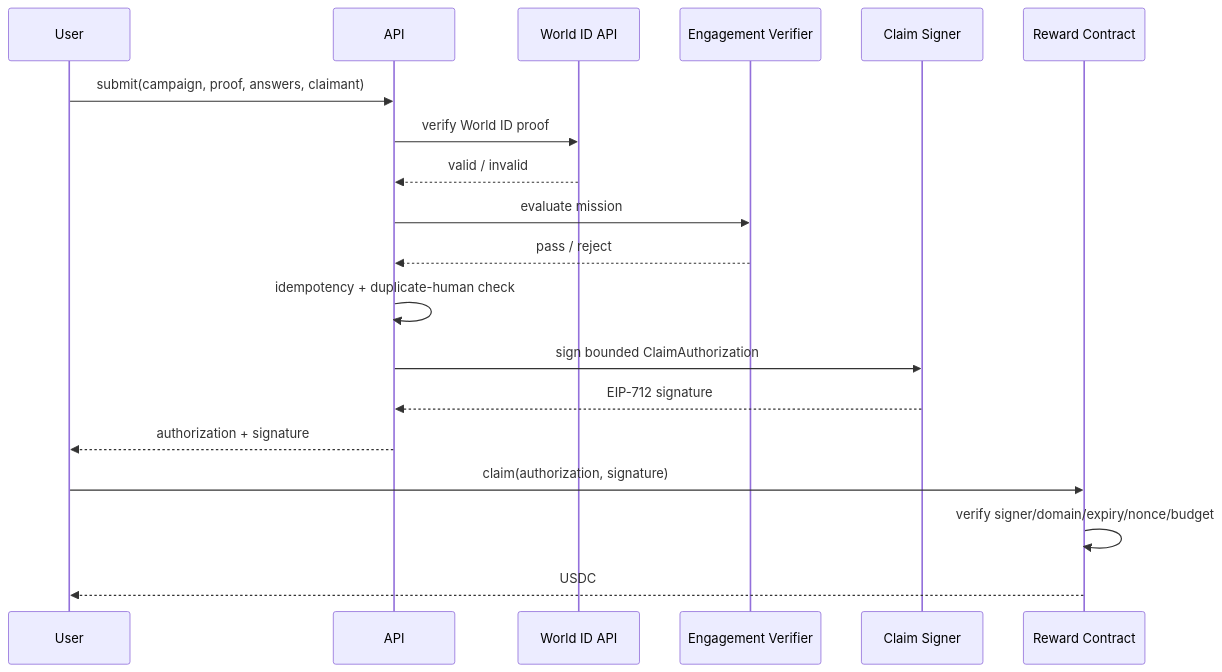
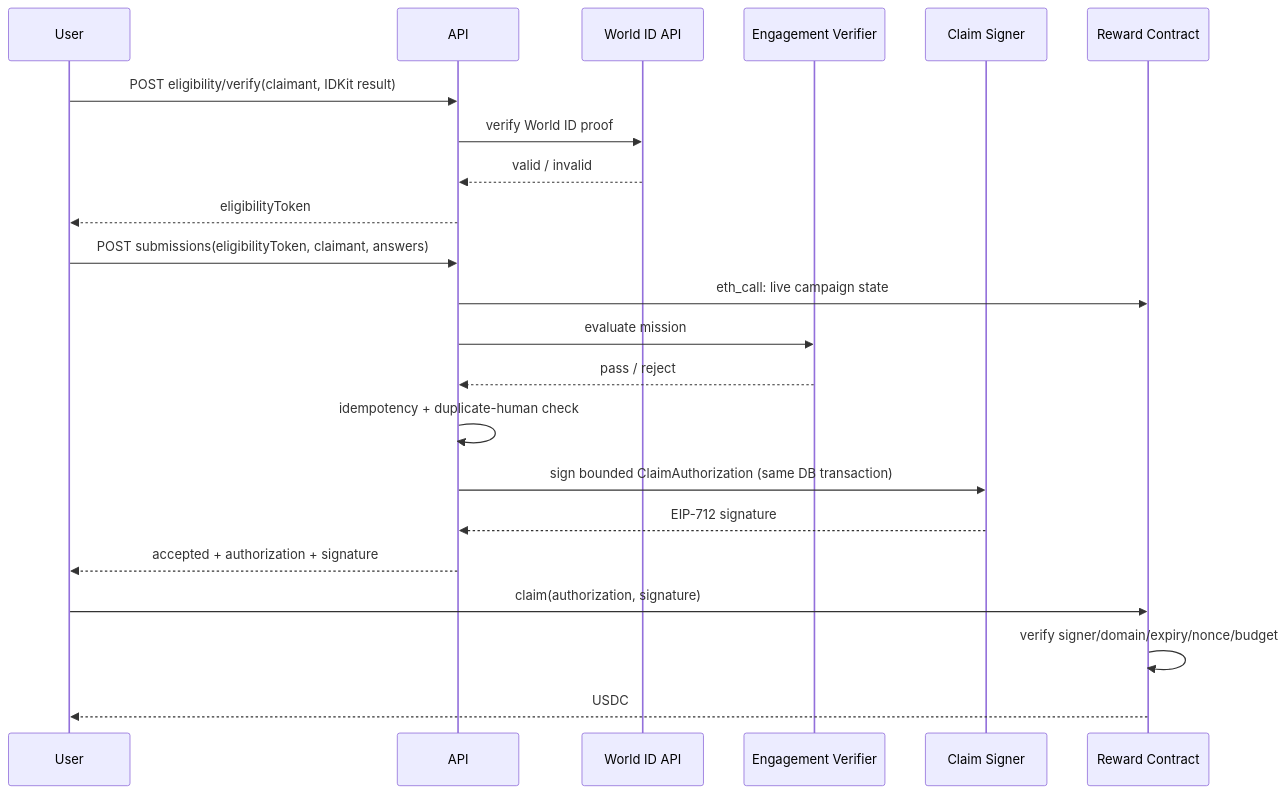
One commit to ChiJiun/verified-human-attention-market changed the diagram in docs/architecture/CLAIM_AUTHORIZATION.md. Above: the diagram before and after it, drawn with Mermaid. The commit also changed other lines of this file and 16 other files, not shown here.

First line of the commit message:
docs: reconcile architecture, specs, requirements, threat model and test plan with the code

````diff
--- a/docs/architecture/CLAIM_AUTHORIZATION.md
+++ b/docs/architecture/CLAIM_AUTHORIZATION.md
@@ -14,22 +14,25 @@
 ```mermaid
 sequenceDiagram
     participant U as User
     participant API as API
     participant W as World ID API
     participant V as Engagement Verifier
     participant S as Claim Signer
     participant C as Reward Contract
 
-    U->>API: submit(campaign, proof, answers, claimant)
+    U->>API: POST eligibility/verify(claimant, IDKit result)
     API->>W: verify World ID proof
     W-->>API: valid / invalid
+    API-->>U: eligibilityToken
+    U->>API: POST submissions(eligibilityToken, claimant, answers)
+    API->>C: eth_call: live campaign state
     API->>V: evaluate mission
     V-->>API: pass / reject
     API->>API: idempotency + duplicate-human check
-    API->>S: sign bounded ClaimAuthorization
+    API->>S: sign bounded ClaimAuthorization (same DB transaction)
     S-->>API: EIP-712 signature
-    API-->>U: authorization + signature
+    API-->>U: accepted + authorization + signature
     U->>C: claim(authorization, signature)
     C->>C: verify signer/domain/expiry/nonce/budget
     C-->>U: USDC
 ```
````
